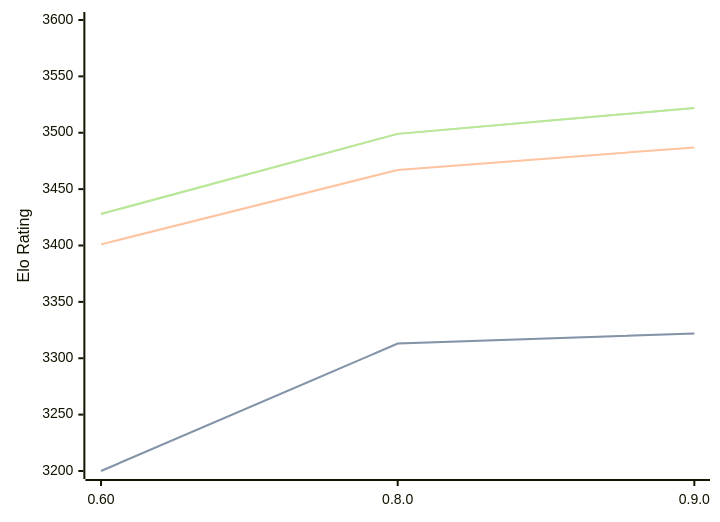
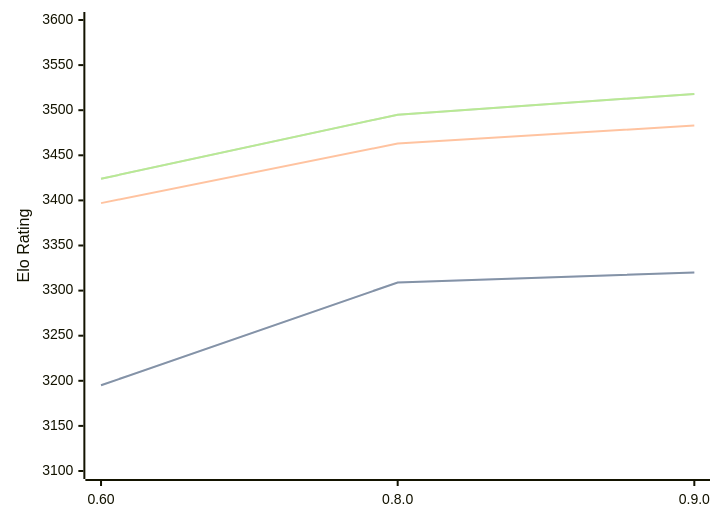
The third of 3 diagrams in engines/Motor.md (computer-chess-index/cci), drawn with Mermaid before and after one commit. The commit also changed other lines of this file, not shown here.

Commit message:
Update CCI Ratings (ELO VLTC) - 2026-07-16

````diff
--- a/engines/Motor.md
+++ b/engines/Motor.md
@@ -72,11 +72,11 @@
 ```mermaid
 %%{init: {"theme":"base","themeVariables":{"seriesColors:['#a3a3a3','#222221','#faa371']}}}%%
 xychart-beta
   x-axis ["0.60", "0.8.0", "0.9.0"]
-  y-axis "Elo Rating" 3200 --> 3600
-  line "STC (8.0+0.08s)" [3200, 3313, 3322]
-  line "STC (8.0+0.08s)" [3200, 3313, 3322]
-  line "LTC (60.0+0.60s)" [3401, 3467, 3487]
-  line "VLTC (2m24s+1.12s)" [3428, 3499, 3522]
-  line "VLTC (2m24s+1.12s)" [3428, 3499, 3522]
+  y-axis "Elo Rating" 3100 --> 3600
+  line "STC (8.0+0.08s)" [3195, 3309, 3320]
+  line "STC (8.0+0.08s)" [3195, 3309, 3320]
+  line "LTC (60.0+0.60s)" [3397, 3463, 3483]
+  line "VLTC (2m24s+1.12s)" [3424, 3495, 3518]
+  line "VLTC (2m24s+1.12s)" [3424, 3495, 3518]
 ```
````
